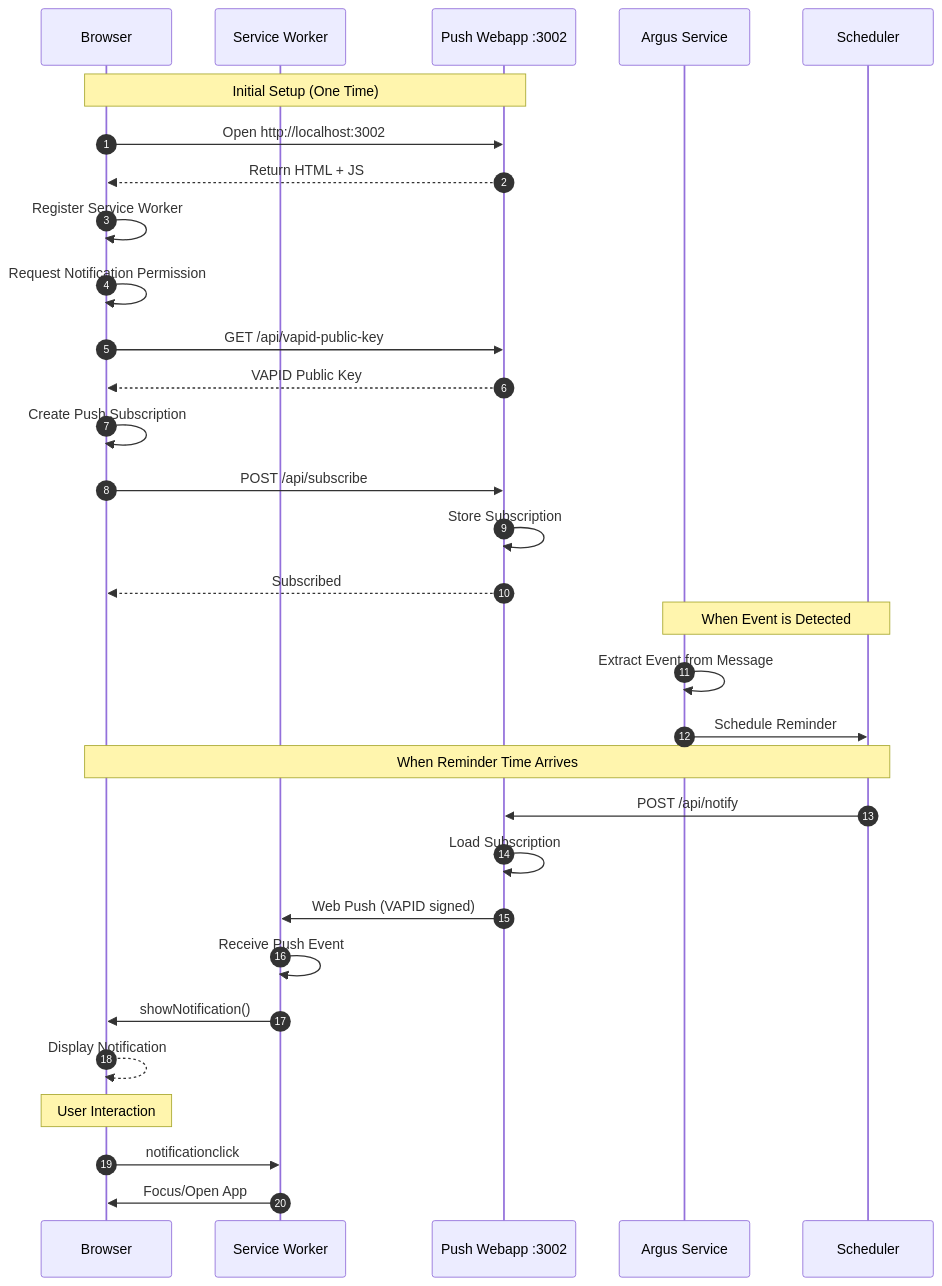
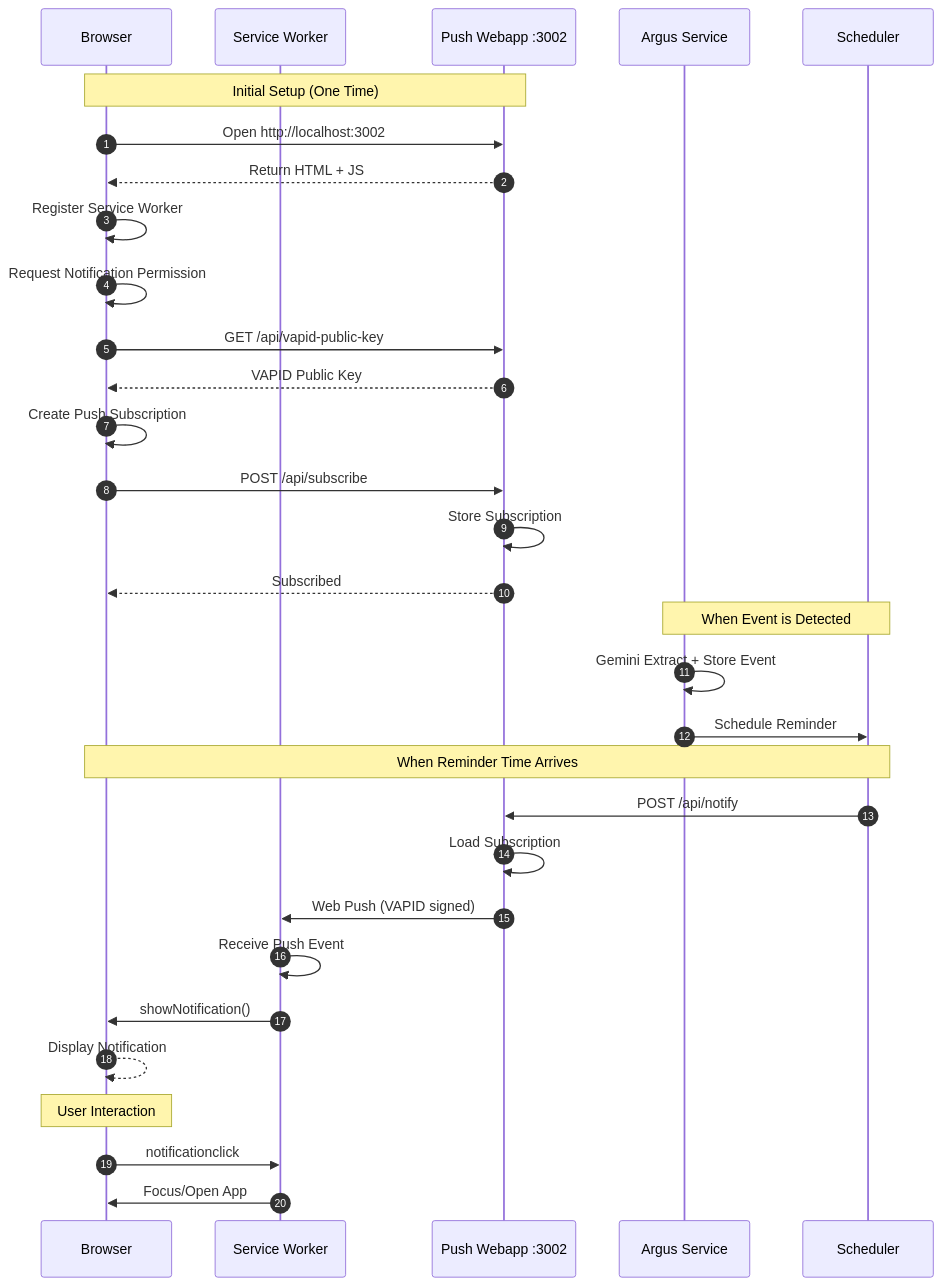
The diagram in docs/diagrams/04-push-notification-flow.mmd (nityam2007/whatsapp-chat-rmd), drawn with Mermaid before and after one commit. The commit also changed 48 other files, not shown here.

```diff
--- a/docs/diagrams/04-push-notification-flow.mmd
+++ b/docs/diagrams/04-push-notification-flow.mmd
@@ -1,35 +1,35 @@
 sequenceDiagram
     autonumber
     participant Browser as Browser
     participant SW as Service Worker
     participant WebApp as Push Webapp :3002
     participant ARGUS as Argus Service
     participant Scheduler as Scheduler
 
     Note over Browser,WebApp: Initial Setup (One Time)
     Browser->>WebApp: Open http://localhost:3002
     WebApp-->>Browser: Return HTML + JS
     Browser->>Browser: Register Service Worker
     Browser->>Browser: Request Notification Permission
     Browser->>WebApp: GET /api/vapid-public-key
     WebApp-->>Browser: VAPID Public Key
     Browser->>Browser: Create Push Subscription
     Browser->>WebApp: POST /api/subscribe
     WebApp->>WebApp: Store Subscription
     WebApp-->>Browser: Subscribed
 
     Note over ARGUS,Scheduler: When Event is Detected
-    ARGUS->>ARGUS: Extract Event from Message
+    ARGUS->>ARGUS: Gemini Extract + Store Event
     ARGUS->>Scheduler: Schedule Reminder
     
     Note over Scheduler,Browser: When Reminder Time Arrives
     Scheduler->>WebApp: POST /api/notify
     WebApp->>WebApp: Load Subscription
     WebApp->>SW: Web Push (VAPID signed)
     SW->>SW: Receive Push Event
     SW->>Browser: showNotification()
     Browser-->>Browser: Display Notification
 
     Note over Browser: User Interaction
     Browser->>SW: notificationclick
     SW->>Browser: Focus/Open App
```
